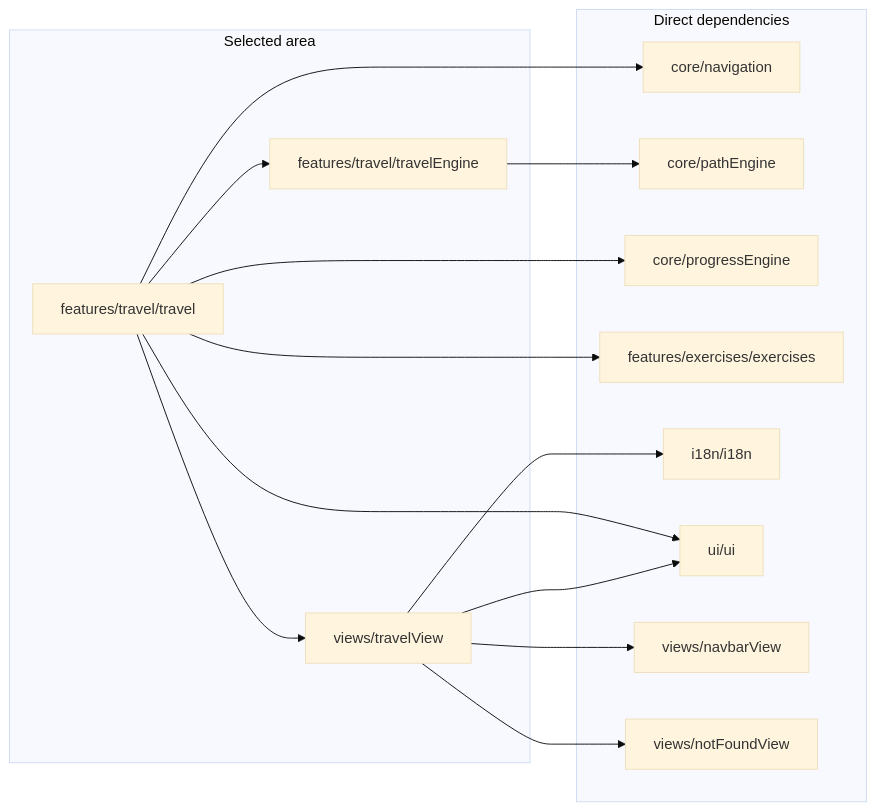
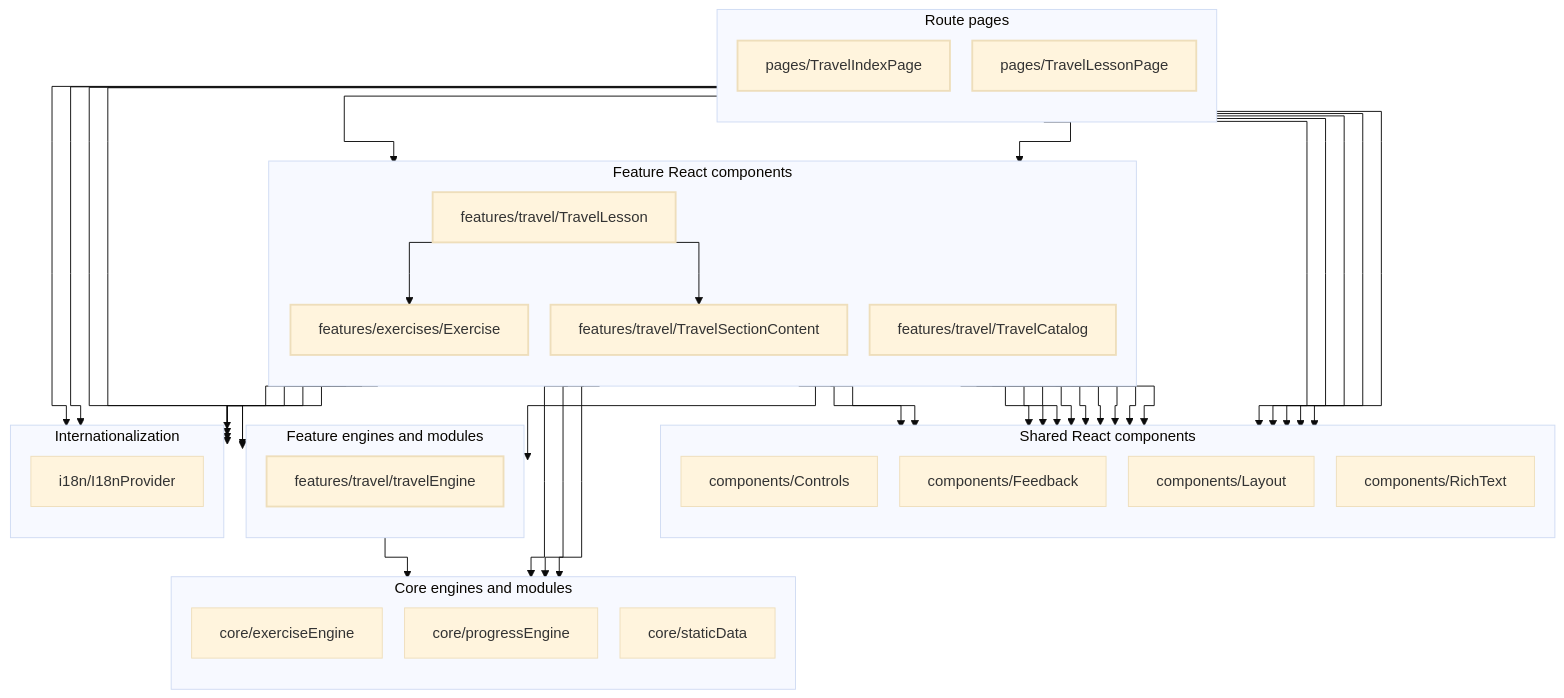
One commit to temsahak-rgb/Dino-5monde changed the sixth of 9 diagrams in docs/dependency-graph.md. Above: the diagram before and after it, drawn with Mermaid (base theme). The commit also changed other lines of this file and 73 other files, not shown here.

````diff
--- a/docs/dependency-graph.md
+++ b/docs/dependency-graph.md
@@ -289,29 +328,71 @@
 ```mermaid
-flowchart LR
-    subgraph S["Selected area"]
-        M0["features/travel/travel"]
-        M1["features/travel/travelEngine"]
-        M2["views/travelView"]
+%%{init: {"flowchart": {"curve": "stepAfter", "nodeSpacing": 24, "rankSpacing": 42}}}%%
+flowchart TB
+    classDef focus stroke-width:2px
+    subgraph S4["Route pages"]
+        direction TB
+        M0["pages/TravelIndexPage"]:::focus
+        M1["pages/TravelLessonPage"]:::focus
     end
-    subgraph D["Direct dependencies"]
-        M3["core/navigation"]
-        M4["core/pathEngine"]
-        M5["core/progressEngine"]
-        M6["features/exercises/exercises"]
-        M7["i18n/i18n"]
-        M8["ui/ui"]
-        M9["views/navbarView"]
-        M10["views/notFoundView"]
+    subgraph S5["Shared React components"]
+        direction TB
+        M2["components/Controls"]
+        M3["components/Feedback"]
+        M4["components/Layout"]
+        M5["components/RichText"]
     end
+    subgraph S6["Feature React components"]
+        direction TB
+        M6["features/exercises/Exercise"]:::focus
+        M7["features/travel/TravelCatalog"]:::focus
+        M8["features/travel/TravelLesson"]:::focus
+        M9["features/travel/TravelSectionContent"]:::focus
+    end
+    subgraph S7["Feature engines and modules"]
+        direction TB
+        M10["features/travel/travelEngine"]:::focus
+    end
+    subgraph S8["Core engines and modules"]
+        direction TB
+        M11["core/exerciseEngine"]
+        M12["core/progressEngine"]
+        M13["core/staticData"]
+    end
+    subgraph S9["Internationalization"]
+        direction TB
+        M14["i18n/I18nProvider"]
+    end
+    M6 --> M11
+    M6 --> M12
+    M6 --> M14
+    M6 --> M2
+    M6 --> M3
+    M6 --> M4
+    M6 --> M5
+    M7 --> M14
+    M7 --> M2
+    M7 --> M4
+    M10 --> M13
+    M8 --> M12
+    M8 --> M6
+    M8 --> M10
+    M8 --> M9
+    M8 --> M14
+    M8 --> M2
+    M8 --> M4
+    M9 --> M14
+    M9 --> M2
+    M9 --> M4
+    M9 --> M5
+    M0 --> M7
+    M0 --> M10
+    M0 --> M14
     M0 --> M3
-    M0 --> M5
-    M0 --> M6
-    M0 --> M1
-    M0 --> M8
-    M0 --> M2
+    M0 --> M4
+    M1 --> M10
+    M1 --> M8
+    M1 --> M14
+    M1 --> M2
+    M1 --> M3
     M1 --> M4
-    M2 --> M7
-    M2 --> M8
-    M2 --> M9
-    M2 --> M10
 ```
````
